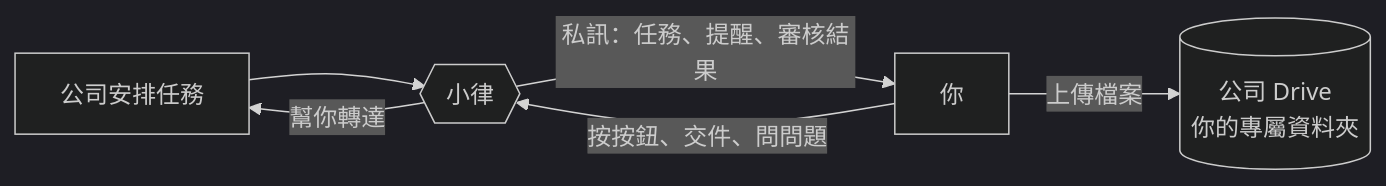
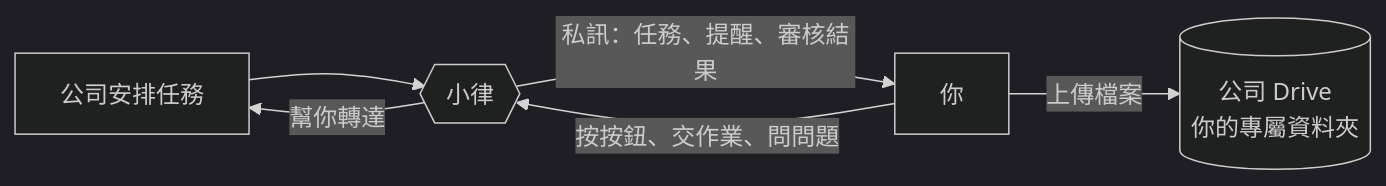
One commit to johnnysun0621/kari-kari-ai-ops changed the first of 6 diagrams in docs/sop/ARTIST_SOP.md. Above: the diagram before and after it, drawn with Mermaid (dark theme). The commit also changed other lines of this file and 85 other files, not shown here.

````diff
--- a/docs/sop/ARTIST_SOP.md
+++ b/docs/sop/ARTIST_SOP.md
@@ -24,8 +28,8 @@
 ```mermaid
 flowchart LR
   C["公司安排任務"] --> L{{"小律"}}
   L -- "私訊：任務、提醒、審核結果" --> Y["你"]
-  Y -- "按按鈕、交件、問問題" --> L
+  Y -- "按按鈕、交作業、問問題" --> L
   L -- "幫你轉達" --> C
   Y -- "上傳檔案" --> D[("公司 Drive<br/>你的專屬資料夾")]
 ```
````
